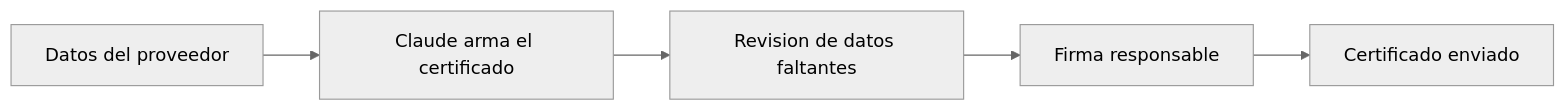
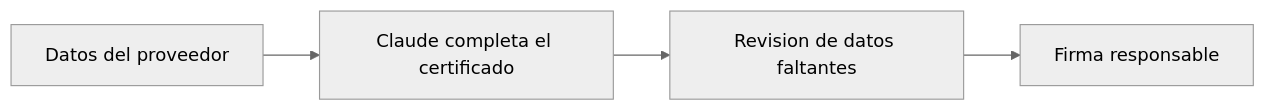
Before and after one commit to DarioArteaga/unacem-marketplace: the diagram in content/casos/certificados-retencion-proveedores-exterior.md, drawn with Mermaid (neutral theme). The commit also changed other lines of this file and 19 other files, not shown here.

````diff
--- a/content/casos/certificados-retencion-proveedores-exterior.md
+++ b/content/casos/certificados-retencion-proveedores-exterior.md
@@ -21,7 +38,6 @@
 ```mermaid
 flowchart LR
-    A[Datos del proveedor] --> B[Claude arma el certificado]
+    A[Datos del proveedor] --> B[Claude completa el certificado]
     B --> C[Revision de datos faltantes]
     C --> D[Firma responsable]
-    D --> E[Certificado enviado]
 ```
````
